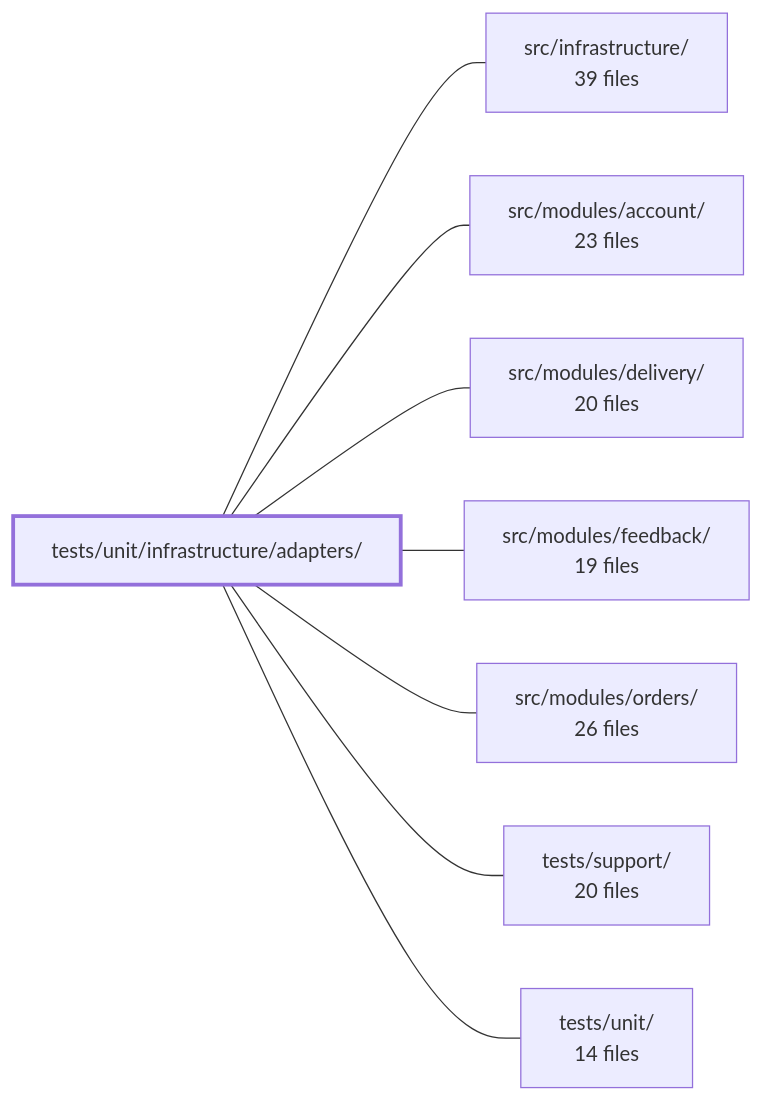
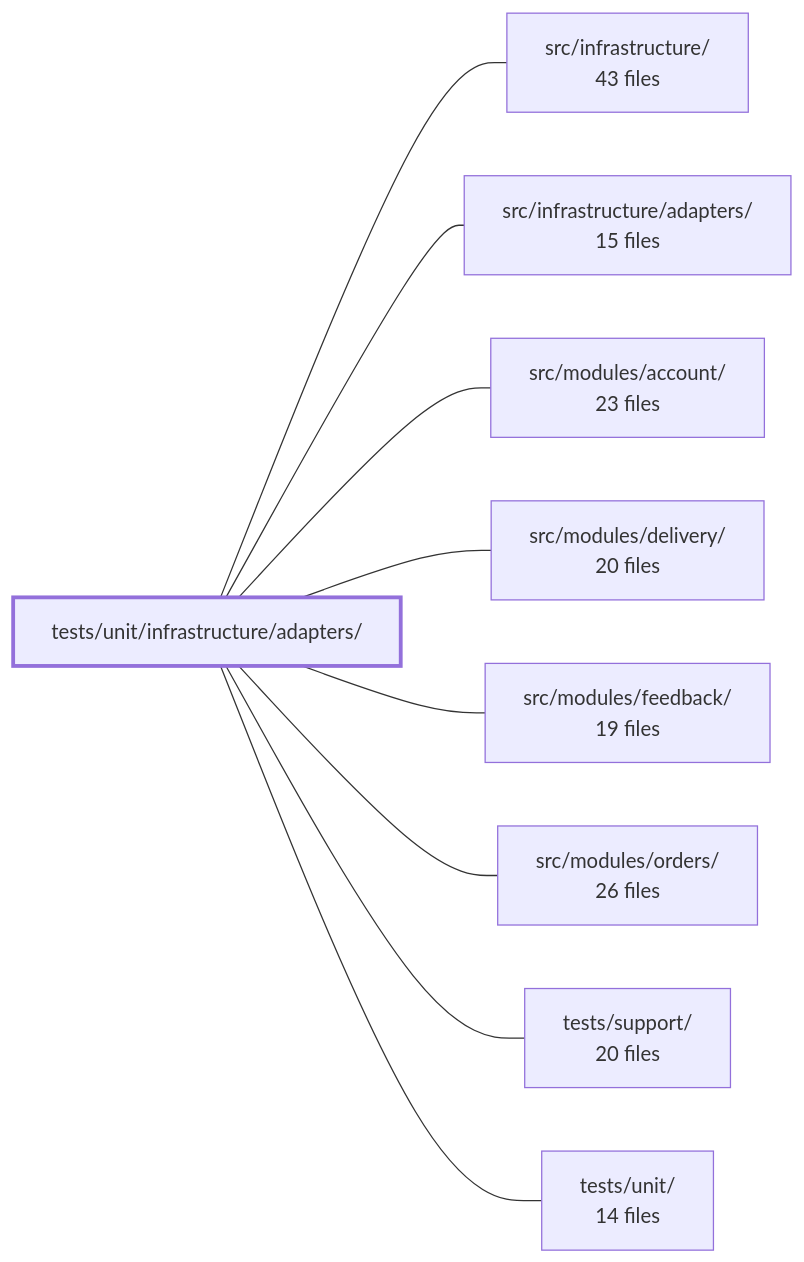
Before and after one commit to Guebbit/boilerplate-node-backend: the diagram in .2repo/modules/boilerplate-node-backend_tests_unit_infrastructure_adapters.md, drawn with Mermaid. The commit also changed other lines of this file and 625 other files, not shown here.

````diff
--- a/.2repo/modules/boilerplate-node-backend_tests_unit_infrastructure_adapters.md
+++ b/.2repo/modules/boilerplate-node-backend_tests_unit_infrastructure_adapters.md
@@ -41,19 +41,21 @@
 ```mermaid
 flowchart LR
     m_tests_unit_infrastructure_adapters["tests/unit/infrastructure/adapters/"]
-    m_src_infrastructure["src/infrastructure/<br/>39 files"]
+    m_src_infrastructure["src/infrastructure/<br/>43 files"]
+    m_src_infrastructure_adapters["src/infrastructure/adapters/<br/>15 files"]
     m_src_modules_account["src/modules/account/<br/>23 files"]
     m_src_modules_delivery["src/modules/delivery/<br/>20 files"]
     m_src_modules_feedback["src/modules/feedback/<br/>19 files"]
     m_src_modules_orders["src/modules/orders/<br/>26 files"]
     m_tests_support["tests/support/<br/>20 files"]
     m_tests_unit["tests/unit/<br/>14 files"]
     m_tests_unit_infrastructure_adapters --- m_src_infrastructure
+    m_tests_unit_infrastructure_adapters --- m_src_infrastructure_adapters
     m_tests_unit_infrastructure_adapters --- m_src_modules_account
     m_tests_unit_infrastructure_adapters --- m_src_modules_delivery
     m_tests_unit_infrastructure_adapters --- m_src_modules_feedback
     m_tests_unit_infrastructure_adapters --- m_src_modules_orders
     m_tests_unit_infrastructure_adapters --- m_tests_support
     m_tests_unit_infrastructure_adapters --- m_tests_unit
     style m_tests_unit_infrastructure_adapters stroke-width:3px
 ```
````
